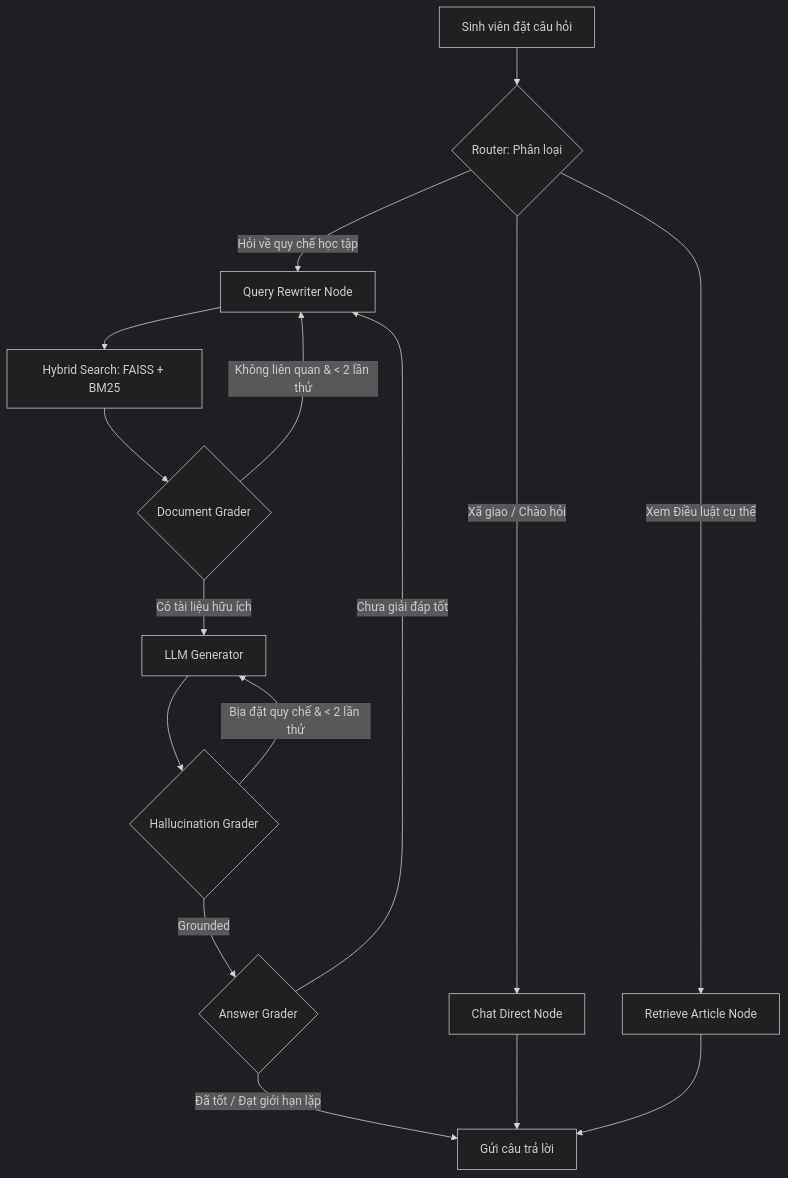
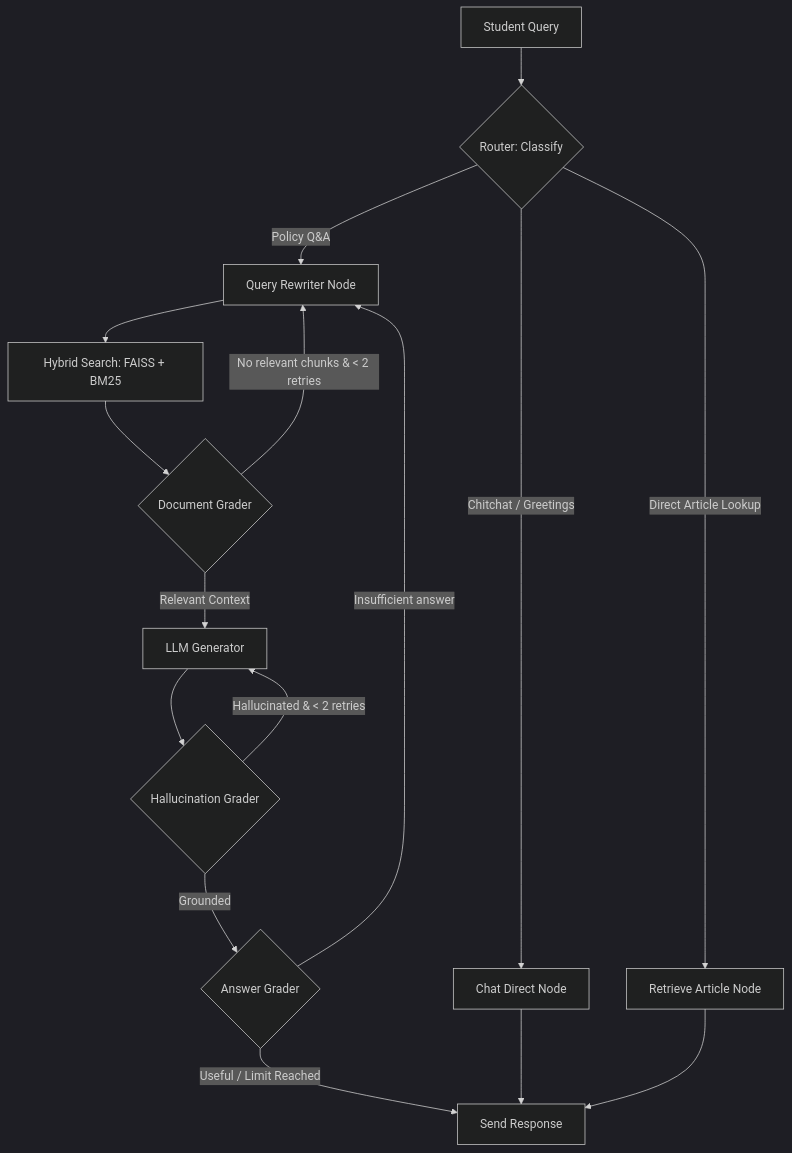
The diagram in README.md (Truong99zvc/chatbot-rag), drawn with Mermaid (dark theme) before and after one commit. The commit also changed other lines of this file, not shown here.

````diff
--- a/README.md
+++ b/README.md
@@ -46,18 +46,18 @@
 ```mermaid
 graph TD
-    A[Sinh viên đặt câu hỏi] --> B{Router: Phân loại}
-    B -- Xã giao / Chào hỏi --> C[Chat Direct Node]
-    B -- Xem Điều luật cụ thể --> D[Retrieve Article Node]
-    B -- Hỏi về quy chế học tập --> E[Query Rewriter Node]
+    A[Student Query] --> B{Router: Classify}
+    B -- Chitchat / Greetings --> C[Chat Direct Node]
+    B -- Direct Article Lookup --> D[Retrieve Article Node]
+    B -- Policy Q&A --> E[Query Rewriter Node]
     E --> F[Hybrid Search: FAISS + BM25]
     F --> G{Document Grader}
-    G -- Không liên quan & < 2 lần thử --> E
-    G -- Có tài liệu hữu ích --> H[LLM Generator]
+    G -- No relevant chunks & < 2 retries --> E
+    G -- Relevant Context --> H[LLM Generator]
     H --> I{Hallucination Grader}
-    I -- Bịa đặt quy chế & < 2 lần thử --> H
+    I -- Hallucinated & < 2 retries --> H
     I -- Grounded --> J{Answer Grader}
-    J -- Chưa giải đáp tốt --> E
-    J -- Đã tốt / Đạt giới hạn lặp --> K[Gửi câu trả lời]
+    J -- Insufficient answer --> E
+    J -- Useful / Limit Reached --> K[Send Response]
     C --> K
     D --> K
 ```
````
